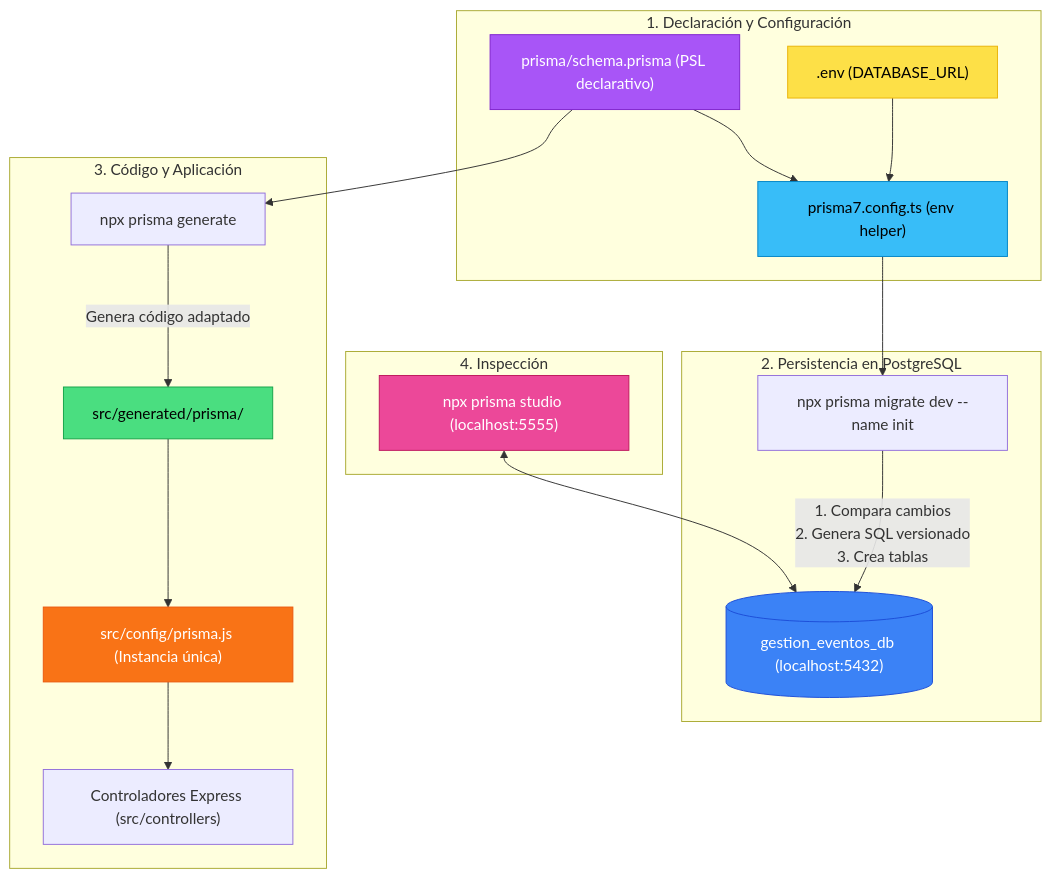
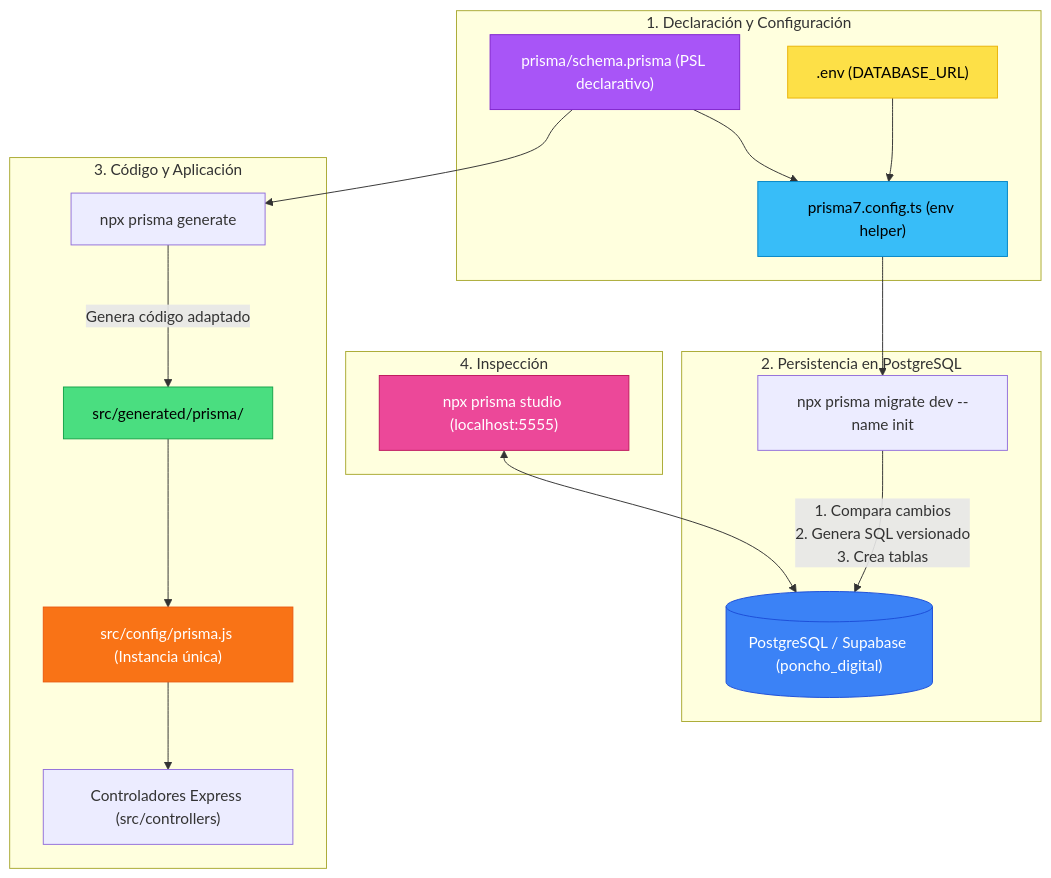
Before and after one commit to LeandroSoria24/Trabajo-de-Laboratorio-BACKEND-2026: the diagram in documentacionPropia/guia-prisma.md, drawn with Mermaid. The commit also changed other lines of this file and 6 other files, not shown here.

````diff
--- a/documentacionPropia/guia-prisma.md
+++ b/documentacionPropia/guia-prisma.md
@@ -30,34 +30,34 @@
 ```mermaid
 flowchart TD
     subgraph Configuración ["1. Declaración y Configuración"]
         ENV[".env (DATABASE_URL)"] --> CONFIG["prisma7.config.ts (env helper)"]
         SCHEMA["prisma/schema.prisma (PSL declarativo)"] --> CONFIG
     end
 
     subgraph BaseDeDatos ["2. Persistencia en PostgreSQL"]
         MIGRATE["npx prisma migrate dev --name init"]
-        MIGRATE -->|"1. Compara cambios\n2. Genera SQL versionado\n3. Crea tablas"| DB[("gestion_eventos_db (localhost:5432)")]
+        MIGRATE -->|"1. Compara cambios<br>2. Genera SQL versionado<br>3. Crea tablas"| DB[("PostgreSQL / Supabase (poncho_digital)")]
     end
 
     subgraph CodigoCliente ["3. Código y Aplicación"]
         GENERATE["npx prisma generate"]
         SCHEMA --> GENERATE
         GENERATE -->|"Genera código adaptado"| CLIENT_FOLDER["src/generated/prisma/"]
         CLIENT_FOLDER --> SINGLETON["src/config/prisma.js (Instancia única)"]
         SINGLETON --> CONTROLLERS["Controladores Express (src/controllers)"]
     end
 
     subgraph Exploracion ["4. Inspección"]
         STUDIO["npx prisma studio (localhost:5555)"] <--> DB
     end
 
     CONFIG --> MIGRATE
 
     style ENV fill:#fde047,stroke:#eab308,color:#000
     style CONFIG fill:#38bdf8,stroke:#0284c7,color:#000
     style SCHEMA fill:#a855f7,stroke:#7e22ce,color:#fff
     style DB fill:#3b82f6,stroke:#1d4ed8,color:#fff
     style CLIENT_FOLDER fill:#4ade80,stroke:#16a34a,color:#000
     style SINGLETON fill:#f97316,stroke:#ea580c,color:#fff
     style STUDIO fill:#ec4899,stroke:#be185d,color:#fff
 ```
````
